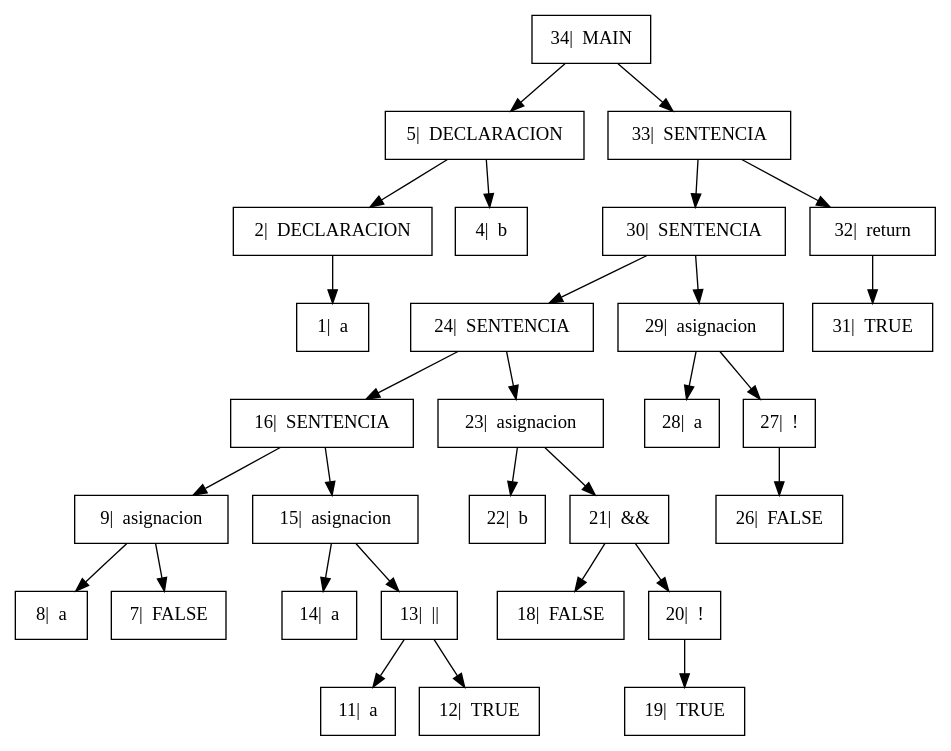
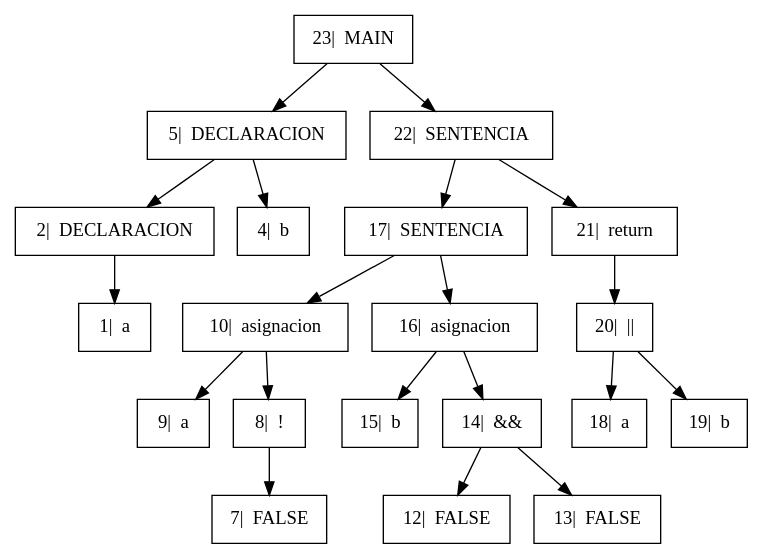
Before and after one commit to GiovA07/PRE-PROYECTO-COMPILADORES: the diagram in Proyecto/Arbol.dot, drawn with Graphviz. The commit also changed 3 other files, not shown here.

```diff
--- a/Proyecto/Arbol.dot
+++ b/Proyecto/Arbol.dot
@@ -1,22 +1,17 @@
 digraph{
 
 rankdir=TB;
 
 node[shape=box];
-"34|  MAIN" -> "5|  DECLARACION", "33|  SENTENCIA";
+"23|  MAIN" -> "5|  DECLARACION", "22|  SENTENCIA";
 "5|  DECLARACION" -> "2|  DECLARACION", "4|  b";
 "2|  DECLARACION" -> "1|  a" ;
-"33|  SENTENCIA" -> "30|  SENTENCIA", "32|  return";
-"30|  SENTENCIA" -> "24|  SENTENCIA", "29|  asignacion";
-"24|  SENTENCIA" -> "16|  SENTENCIA", "23|  asignacion";
-"16|  SENTENCIA" -> "9|  asignacion", "15|  asignacion";
-"9|  asignacion" -> "8|  a", "7|  FALSE";
-"15|  asignacion" -> "14|  a", "13|  ||";
-"13|  ||" -> "11|  a", "12|  TRUE";
-"23|  asignacion" -> "22|  b", "21|  &&";
-"21|  &&" -> "18|  FALSE", "20|  !";
-"20|  !" -> "19|  TRUE" ;
-"29|  asignacion" -> "28|  a", "27|  !";
-"27|  !" -> "26|  FALSE" ;
-"32|  return" -> "31|  TRUE" ;
+"22|  SENTENCIA" -> "17|  SENTENCIA", "21|  return";
+"17|  SENTENCIA" -> "10|  asignacion", "16|  asignacion";
+"10|  asignacion" -> "9|  a", "8|  !";
+"8|  !" -> "7|  FALSE" ;
+"16|  asignacion" -> "15|  b", "14|  &&";
+"14|  &&" -> "12|  FALSE", "13|  FALSE";
+"21|  return" -> "20|  ||" ;
+"20|  ||" -> "18|  a", "19|  b";
 }
```
